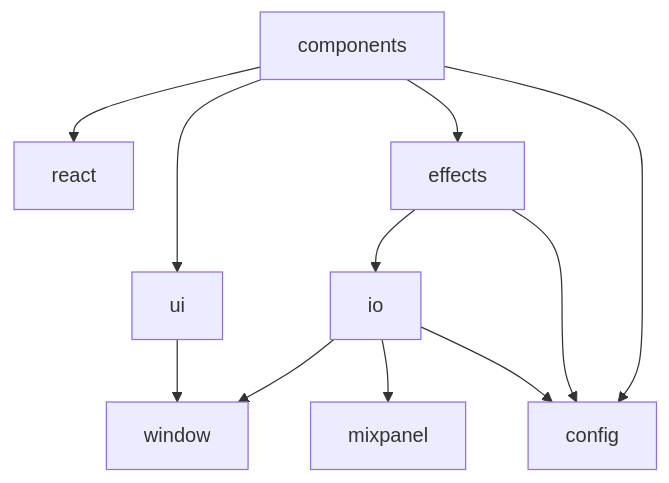
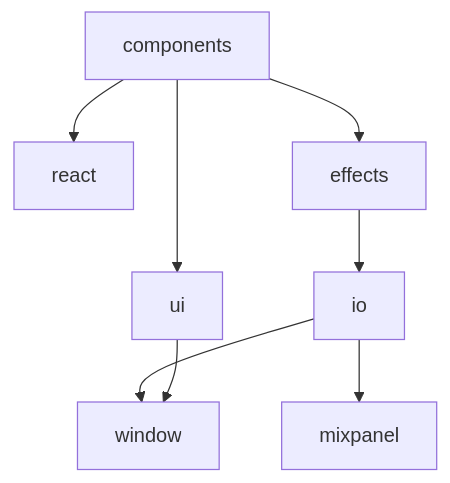
Before and after one commit to mattriley/charlie-gaffer: the diagram in README.md, drawn with Mermaid. The commit also changed 12 other files, not shown here.

````diff
--- a/README.md
+++ b/README.md
@@ -20,13 +20,10 @@
 ```mermaid
 graph TD;
     components-->react;
     components-->ui;
     components-->effects;
-    components-->config;
     effects-->io;
-    effects-->config;
-    io-->config;
     io-->mixpanel;
     io-->window;
     ui-->window;
 ```
````
